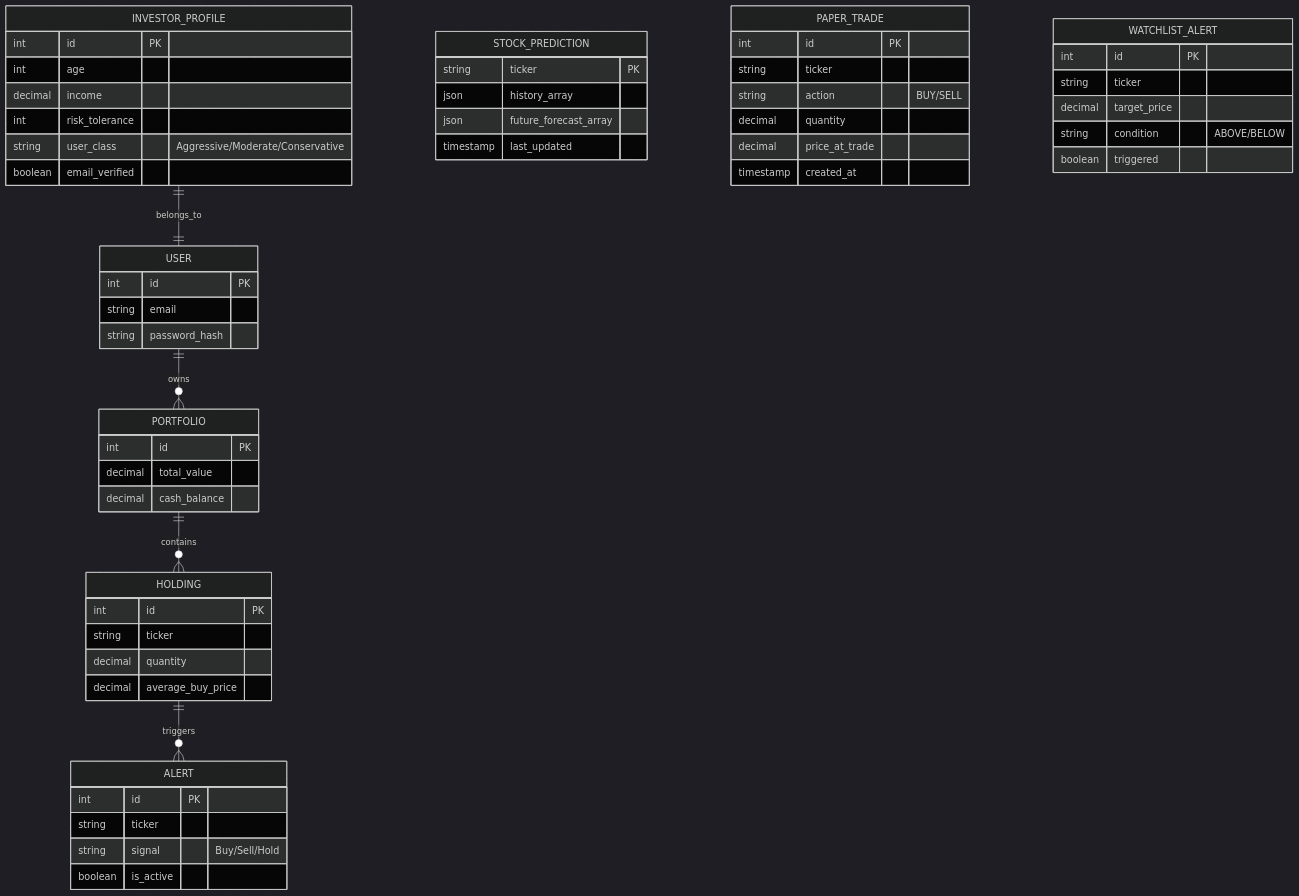
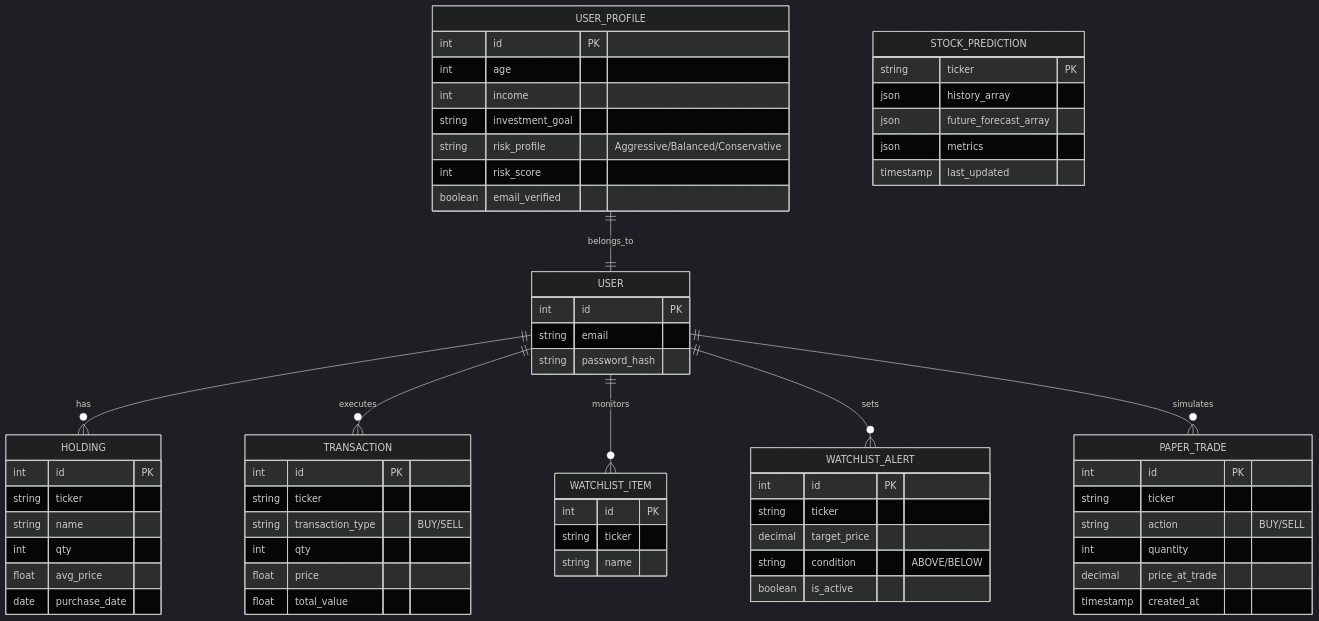
Before and after one commit to Cypher-redeye/Cresta: the second of 2 diagrams in README.md, drawn with Mermaid (dark theme). The commit also changed other lines of this file, not shown here.

Commit message:
docs: Fix ER diagram and System Architecture to match current models and GenAI pipeline

````diff
--- a/README.md
+++ b/README.md
@@ -214,58 +215,74 @@
 ```mermaid
 erDiagram
-    USER ||--o{ PORTFOLIO : owns
+    USER ||--o{ HOLDING : has
+    USER ||--o{ TRANSACTION : executes
+    USER ||--o{ WATCHLIST_ITEM : monitors
+    USER ||--o{ WATCHLIST_ALERT : sets
+    USER ||--o{ PAPER_TRADE : simulates
+    
     USER {
         int id PK
         string email
         string password_hash
     }
-    INVESTOR_PROFILE ||--|| USER : belongs_to
-    INVESTOR_PROFILE {
+    
+    USER_PROFILE ||--|| USER : belongs_to
+    USER_PROFILE {
         int id PK
         int age
-        decimal income
-        int risk_tolerance
-        string user_class "Aggressive/Moderate/Conservative"
+        int income
+        string investment_goal
+        string risk_profile "Aggressive/Balanced/Conservative"
+        int risk_score
         boolean email_verified
     }
-    PORTFOLIO ||--o{ HOLDING : contains
-    PORTFOLIO {
-        int id PK
-        decimal total_value
-        decimal cash_balance
-    }
-    HOLDING ||--o{ ALERT : triggers
+    
     HOLDING {
         int id PK
         string ticker
-        decimal quantity
-        decimal average_buy_price
+        string name
+        int qty
+        float avg_price
+        date purchase_date
     }
+
+    TRANSACTION {
+        int id PK
+        string ticker
+        string transaction_type "BUY/SELL"
+        int qty
+        float price
+        float total_value
+    }
+
+    WATCHLIST_ITEM {
+        int id PK
+        string ticker
+        string name
+    }
+
     STOCK_PREDICTION {
         string ticker PK
         json history_array
         json future_forecast_array
+        json metrics
         timestamp last_updated
     }
-    ALERT {
-        int id PK
-        string ticker
-        string signal "Buy/Sell/Hold"
-        boolean is_active
-    }
+    
     PAPER_TRADE {
         int id PK
         string ticker
         string action "BUY/SELL"
-        decimal quantity
+        int quantity
         decimal price_at_trade
         timestamp created_at
     }
+    
     WATCHLIST_ALERT {
         int id PK
         string ticker
         decimal target_price
         string condition "ABOVE/BELOW"
-        boolean triggered
+        boolean is_active
     }
 ```
````
